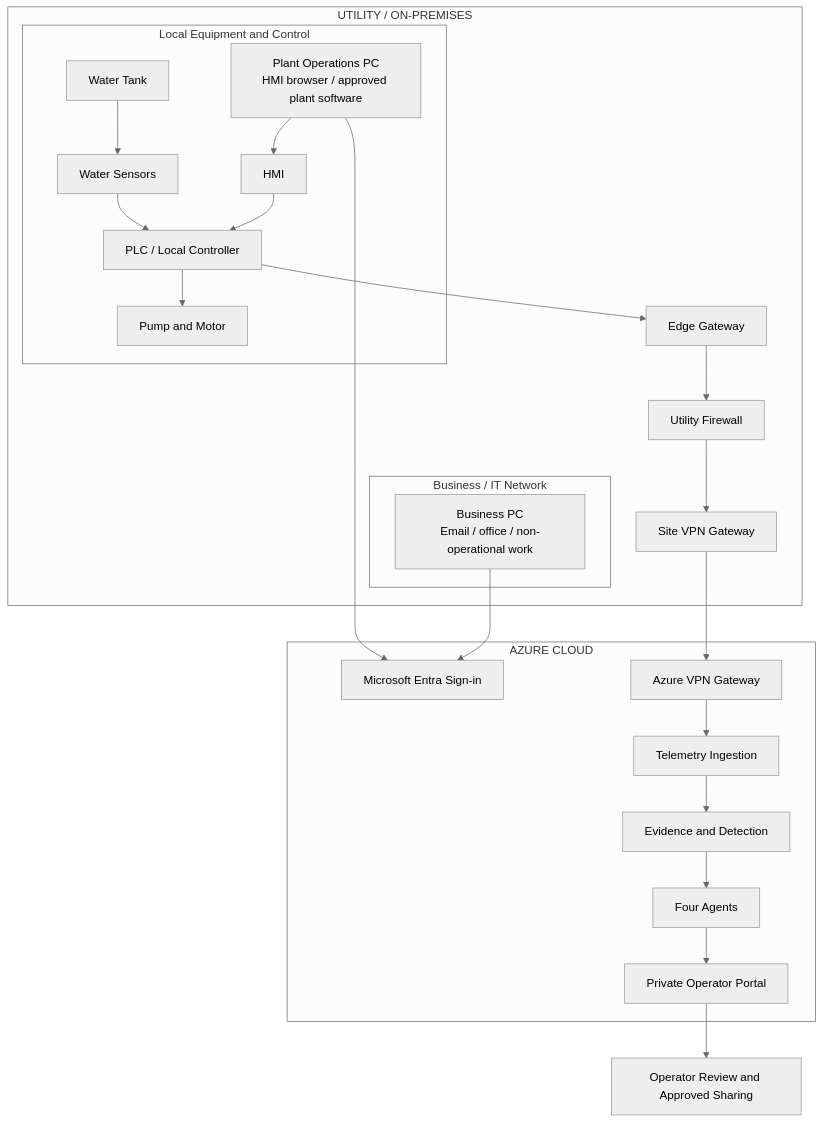
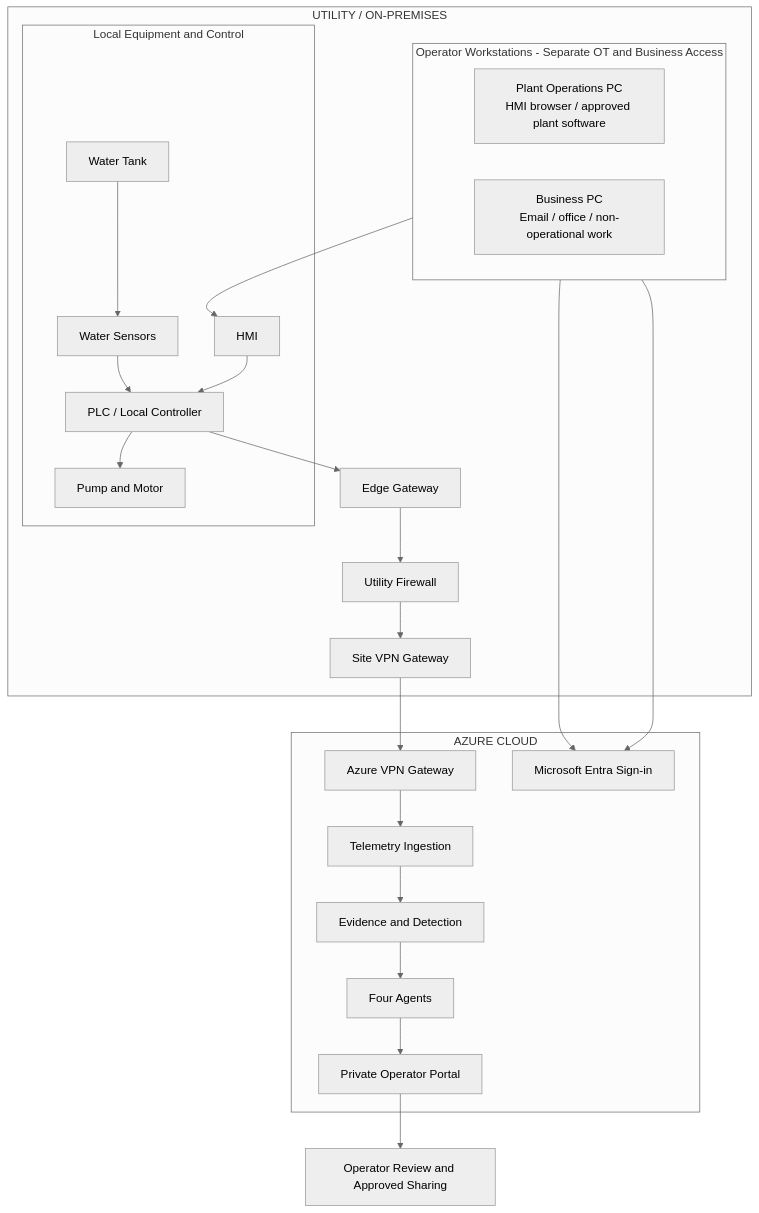
One commit to srvenkatms/WaterSupplyInisghtIQ changed the second of 2 diagrams in docs/target-architecture.md. Above: the diagram before and after it, drawn with Mermaid (neutral theme). The commit also changed other lines of this file, not shown here.

Commit message:
Align plant and business PC boxes at the workstation layer

````diff
--- a/docs/target-architecture.md
+++ b/docs/target-architecture.md
@@ -146,37 +146,41 @@
 ```mermaid
 flowchart TB
   subgraph Site["UTILITY / ON-PREMISES"]
+    subgraph Workstations["Operator Workstations - Separate OT and Business Access"]
+      direction LR
+      Desktop["Plant Operations PC<br/>HMI browser / approved plant software"]
+      BusinessPC["Business PC<br/>Email / office / non-operational work"]
+    end
     subgraph Equipment["Local Equipment and Control"]
       Tank["Water Tank"]
       Sensors["Water Sensors"]
       PLC["PLC / Local Controller"]
       Pump["Pump and Motor"]
-      Desktop["Plant Operations PC<br/>HMI browser / approved plant software"]
       HMI["HMI"]
       Tank --> Sensors --> PLC --> Pump
-      Desktop --> HMI --> PLC
-    end
-    subgraph Business["Business / IT Network"]
-      BusinessPC["Business PC<br/>Email / office / non-operational work"]
+      HMI --> PLC
     end
     Gateway["Edge Gateway"]
     Firewall["Utility Firewall"]
     SiteVPN["Site VPN Gateway"]
+    Desktop --> HMI
+    %% Layout-only link aligns the PCs; business-to-HMI access is prohibited.
+    BusinessPC ~~~ HMI
     PLC --> Gateway --> Firewall --> SiteVPN
   end
 
   subgraph Cloud["AZURE CLOUD"]
     Entra["Microsoft Entra Sign-in"]
     CloudVPN["Azure VPN Gateway"]
     Ingestion["Telemetry Ingestion"]
     Evidence["Evidence and Detection"]
     Agents["Four Agents"]
     Portal["Private Operator Portal"]
     CloudVPN --> Ingestion --> Evidence --> Agents --> Portal
   end
 
   SiteVPN --> CloudVPN
   Portal --> Review["Operator Review and Approved Sharing"]
   Desktop --> Entra
   BusinessPC --> Entra
 ```
````
